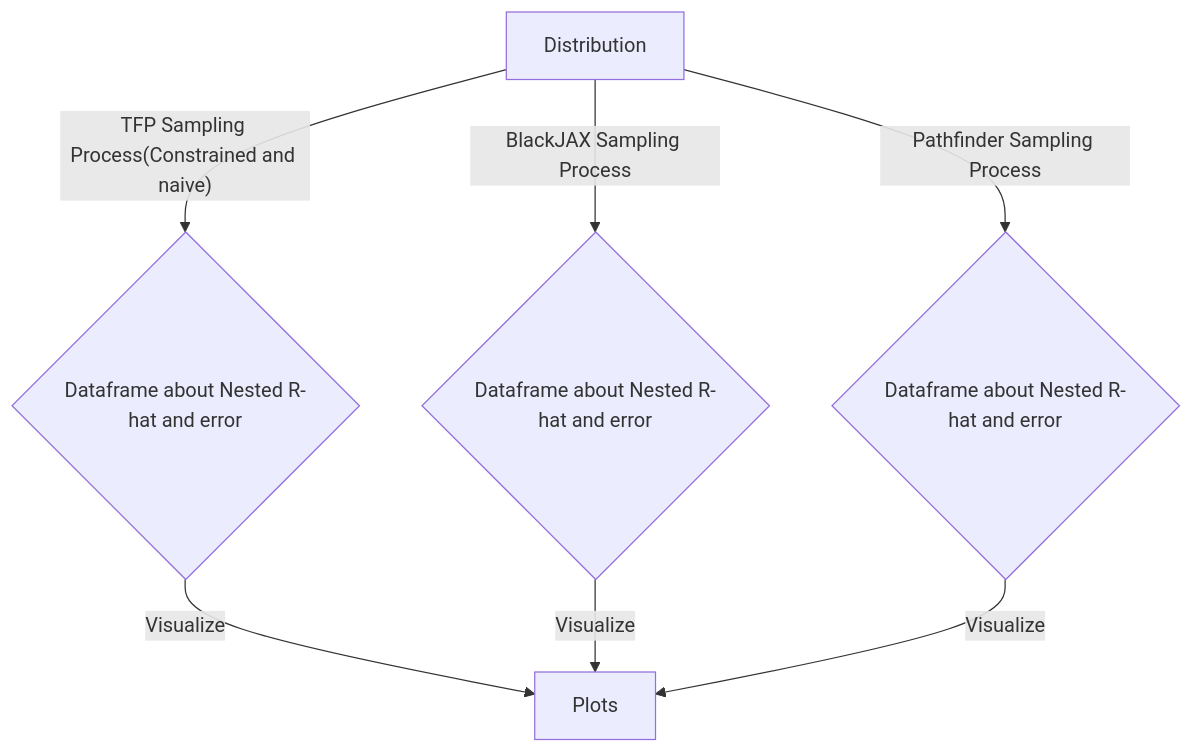
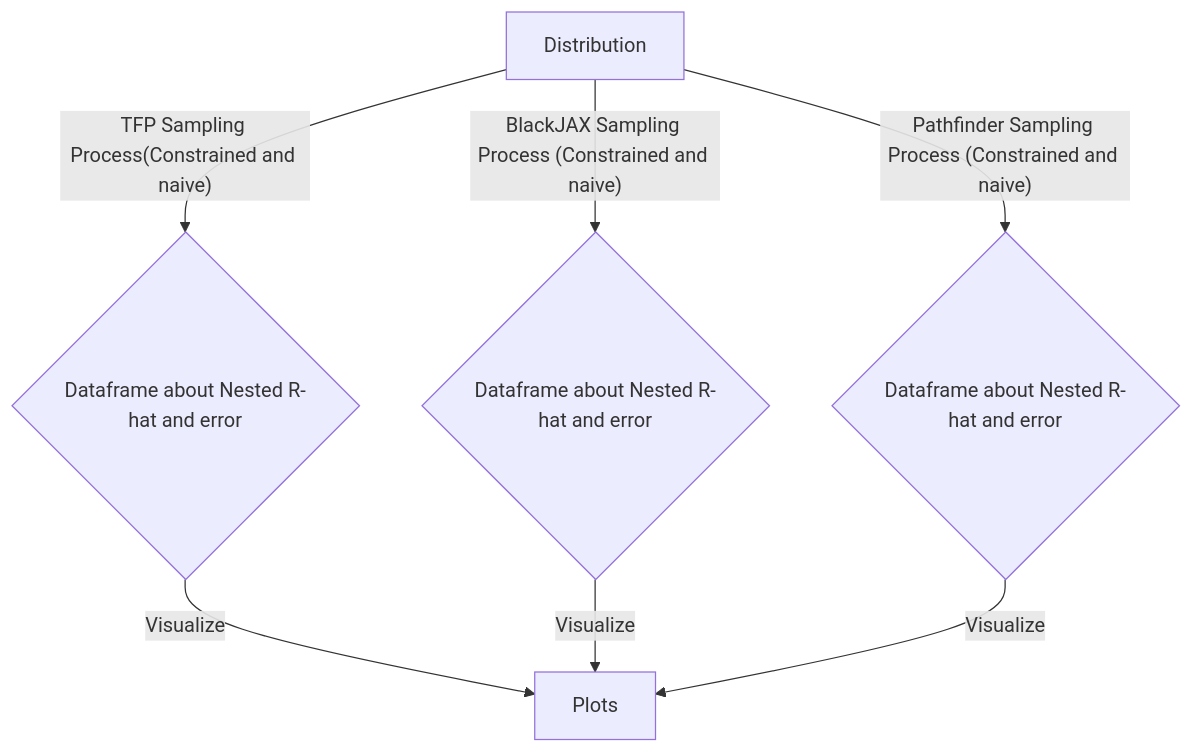
One commit to JustinTrenchcoat/Capstone_Many_Short_Chain changed the diagram in README.md. Above: the diagram before and after it, drawn with Mermaid. The commit also changed other lines of this file and 1 other file, not shown here.

````diff
--- a/README.md
+++ b/README.md
@@ -45,9 +53,9 @@
 ```mermaid
 graph TD
     A[Distribution] --TFP Sampling Process(Constrained and naive) --> B{Dataframe about Nested R-hat and error}
     B -- Visualize --> C[Plots]
-    A --BlackJAX Sampling Process --> D{Dataframe about Nested R-hat and error}
+    A --BlackJAX Sampling Process (Constrained and naive) --> D{Dataframe about Nested R-hat and error}
     D -- Visualize --> C[Plots]
-    A --Pathfinder Sampling Process --> E{Dataframe about Nested R-hat and error}
+    A --Pathfinder Sampling Process (Constrained and naive) --> E{Dataframe about Nested R-hat and error}
     E -- Visualize --> C[Plots]
 ```
````
